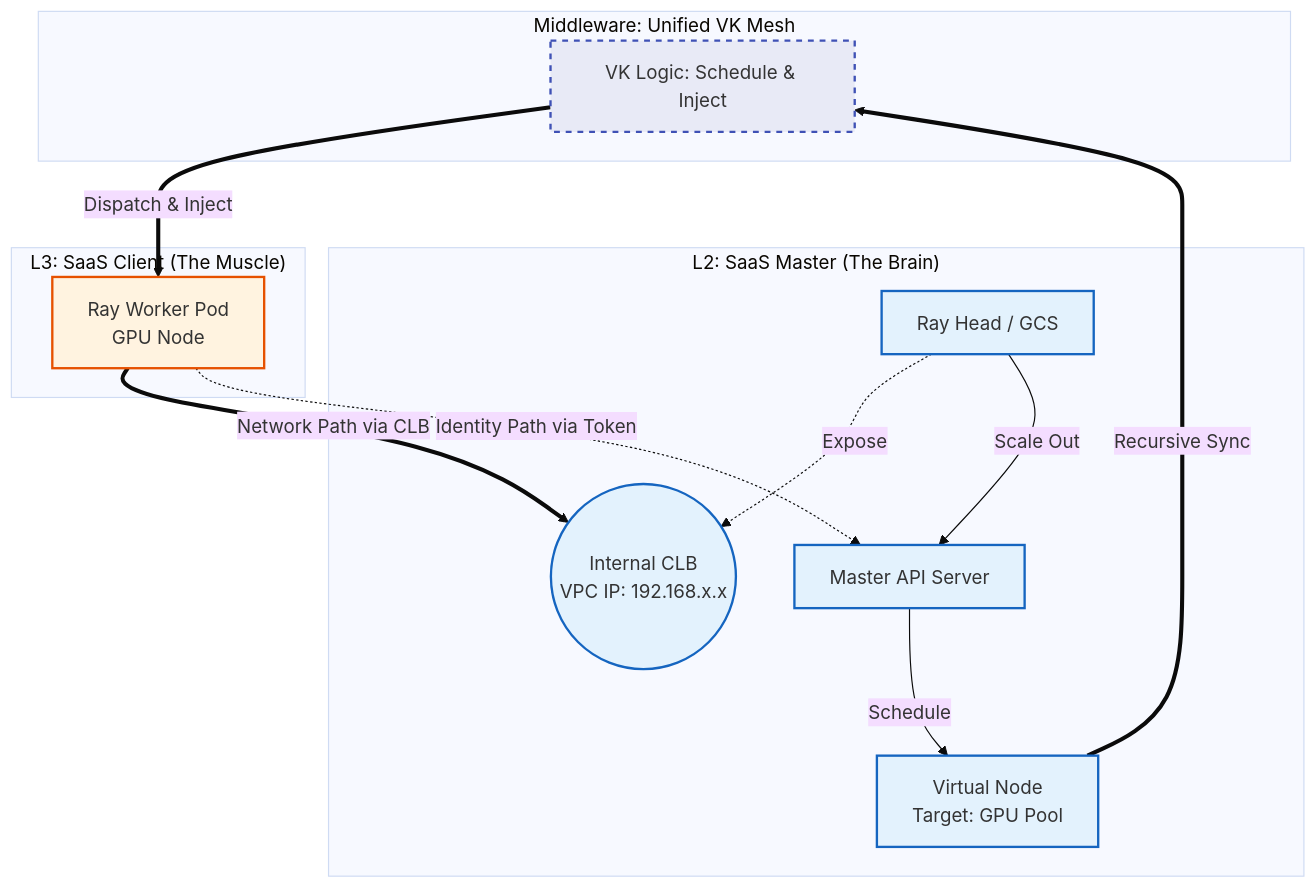
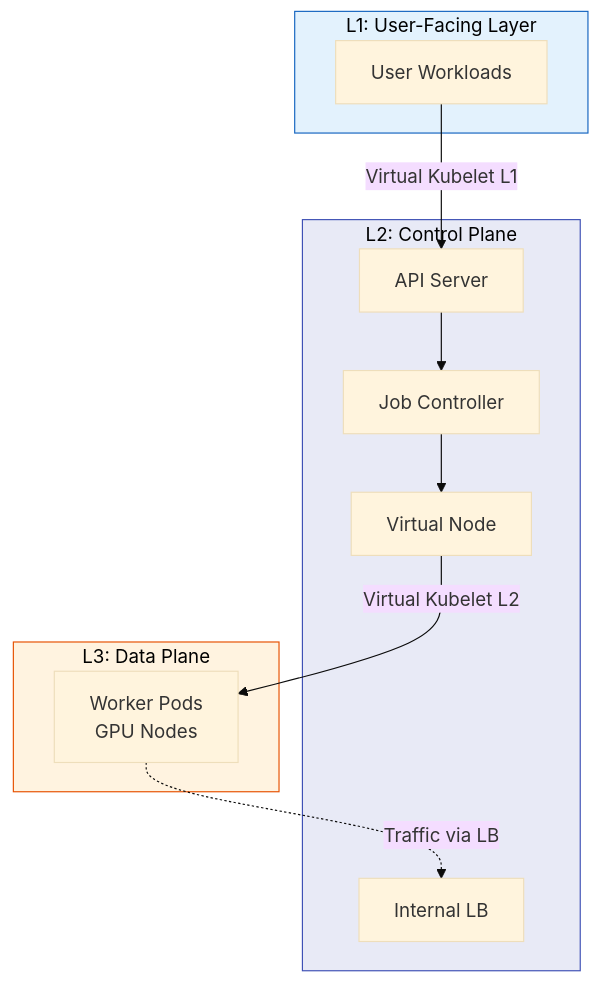
The first of 3 diagrams in mydynamicweb/docs/alibaba_cloud/case-1.md (Yan-Cheng-Hsu/personal_website), drawn with Mermaid (base theme) before and after one commit. The commit also changed other lines of this file and 10 other files, not shown here.

````diff
--- a/mydynamicweb/docs/alibaba_cloud/case-1.md
+++ b/mydynamicweb/docs/alibaba_cloud/case-1.md
@@ -53,35 +57,27 @@
 ```mermaid
 graph TD
-    classDef unifiedVK fill:#e8eaf6,stroke:#3f51b5,stroke-width:2px,stroke-dasharray: 5 5;
-    classDef masterLayer fill:#e3f2fd,stroke:#1565c0,stroke-width:2px;
-    classDef clientLayer fill:#fff3e0,stroke:#e65100,stroke-width:2px;
-
-    subgraph "Middleware: Unified VK Mesh"
-        VK_Logic[VK Logic: Schedule & Inject]
+    subgraph L1["L1: User-Facing Layer"]
+        User[User Workloads]
     end
 
-    subgraph "L2: SaaS Master (The Brain)"
-        API_Master[Master API Server]
-        Ray_Head[Ray Head / GCS]
-        ILB((Internal CLB<br>VPC IP: 192.168.x.x))
-        VNode_L2[Virtual Node<br>Target: GPU Pool]
-
-        Ray_Head -.->|Expose| ILB
+    subgraph L2["L2: Control Plane"]
+        API[API Server]
+        Controller[Job Controller]
+        LB[Internal LB]
+        VNode[Virtual Node]
     end
 
-    subgraph "L3: SaaS Client (The Muscle)"
-        Worker_Pod[Ray Worker Pod<br>GPU Node]
+    subgraph L3["L3: Data Plane"]
+        Worker[Worker Pods<br/>GPU Nodes]
     end
 
-    Ray_Head -->|Scale Out| API_Master
-    API_Master -->|Schedule| VNode_L2
-    VNode_L2 == "Recursive Sync" ==> VK_Logic
-    VK_Logic == "Dispatch & Inject" ==> Worker_Pod
+    User -->|Virtual Kubelet L1| API
+    API --> Controller
+    Controller --> VNode
+    VNode -->|Virtual Kubelet L2| Worker
+    Worker -.->|Traffic via LB| LB
 
-    Worker_Pod ==>|Network Path via CLB| ILB
-    Worker_Pod -.->|Identity Path via Token| API_Master
-
-    class VK_Logic unifiedVK;
-    class API_Master,Ray_Head,ILB,VNode_L2 masterLayer;
-    class Worker_Pod clientLayer;
+    style L1 fill:#e3f2fd,stroke:#1565c0,color:#000
+    style L2 fill:#e8eaf6,stroke:#3f51b5,color:#000
+    style L3 fill:#fff3e0,stroke:#e65100,color:#000
 ```
````
